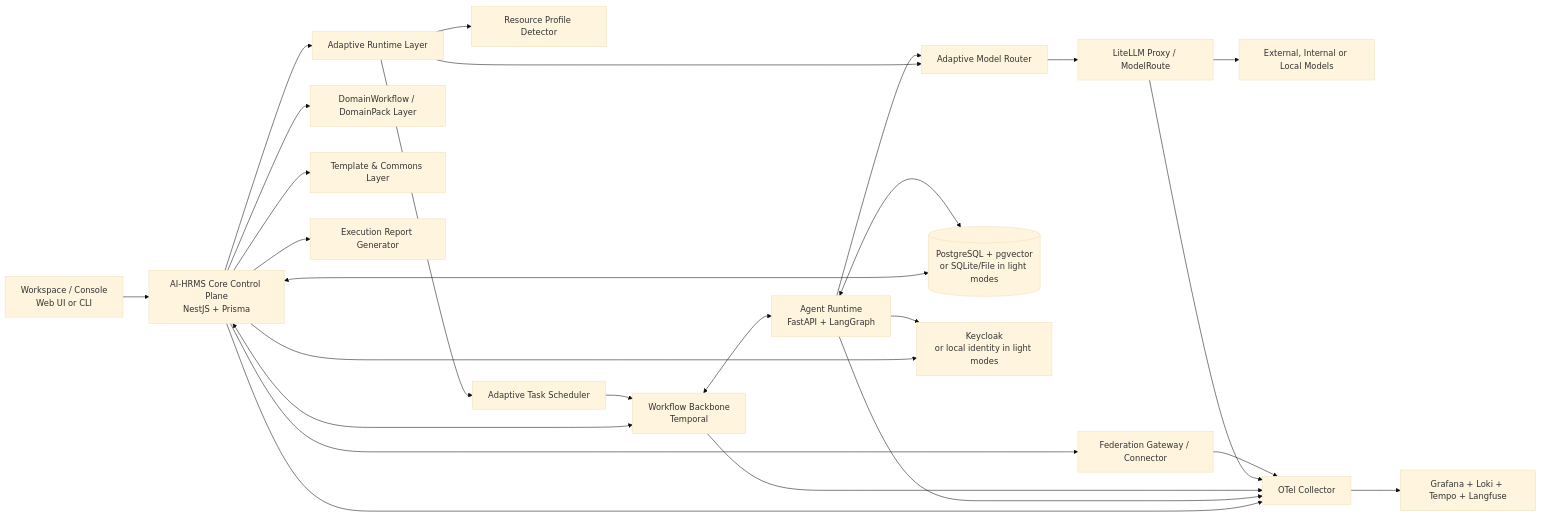
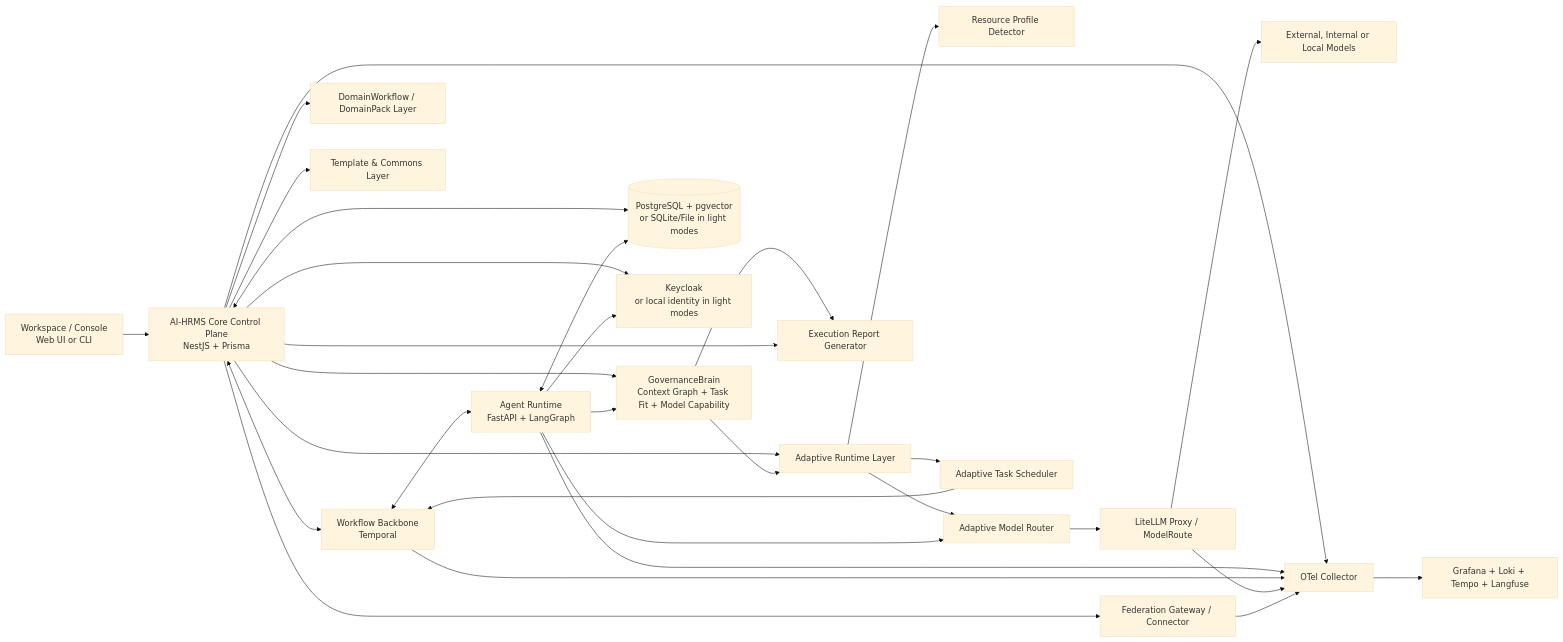
One commit to snowstorm-lightning/FreedomRealm changed the diagram in docs/zh-CN/architecture-blueprint.md. Above: the diagram before and after it, drawn with Mermaid (base theme). The commit also changed other lines of this file and 50 other files, not shown here.

````diff
--- a/docs/zh-CN/architecture-blueprint.md
+++ b/docs/zh-CN/architecture-blueprint.md
@@ -7,47 +7,52 @@
 ```mermaid
 flowchart LR
     UI[Workspace / Console<br/>Web UI or CLI]
     API[AI-HRMS Core Control Plane<br/>NestJS + Prisma]
     WF[Workflow Backbone<br/>Temporal]
     AR[Agent Runtime<br/>FastAPI + LangGraph]
     AD[Adaptive Runtime Layer]
+    GB[GovernanceBrain<br/>Context Graph + Task Fit + Model Capability]
     RP[Resource Profile Detector]
     MR[Adaptive Model Router]
     TS[Adaptive Task Scheduler]
     DP[DomainWorkflow / DomainPack Layer]
     TC[Template & Commons Layer]
     FG[Federation Gateway / Connector]
     ER[Execution Report Generator]
     DB[(PostgreSQL + pgvector<br/>or SQLite/File in light modes)]
     KC[Keycloak<br/>or local identity in light modes]
     GW[LiteLLM Proxy / ModelRoute]
     MP[External, Internal or Local Models]
     OT[OTel Collector]
     OBS[Grafana + Loki + Tempo + Langfuse]
 
     UI --> API
     API <--> WF
     WF <--> AR
     API --> AD
+    API --> GB
+    GB --> AD
+    GB --> ER
     AD --> RP
     AD --> MR
     AD --> TS
     MR --> GW
     GW --> MP
     AR --> MR
+    AR --> GB
     TS --> WF
     API --> DP
     API --> TC
     API --> FG
     API --> ER
     API <--> DB
     AR <--> DB
     API --> KC
     AR --> KC
     API --> OT
     AR --> OT
     WF --> OT
     GW --> OT
     FG --> OT
     OT --> OBS
 ```
````
